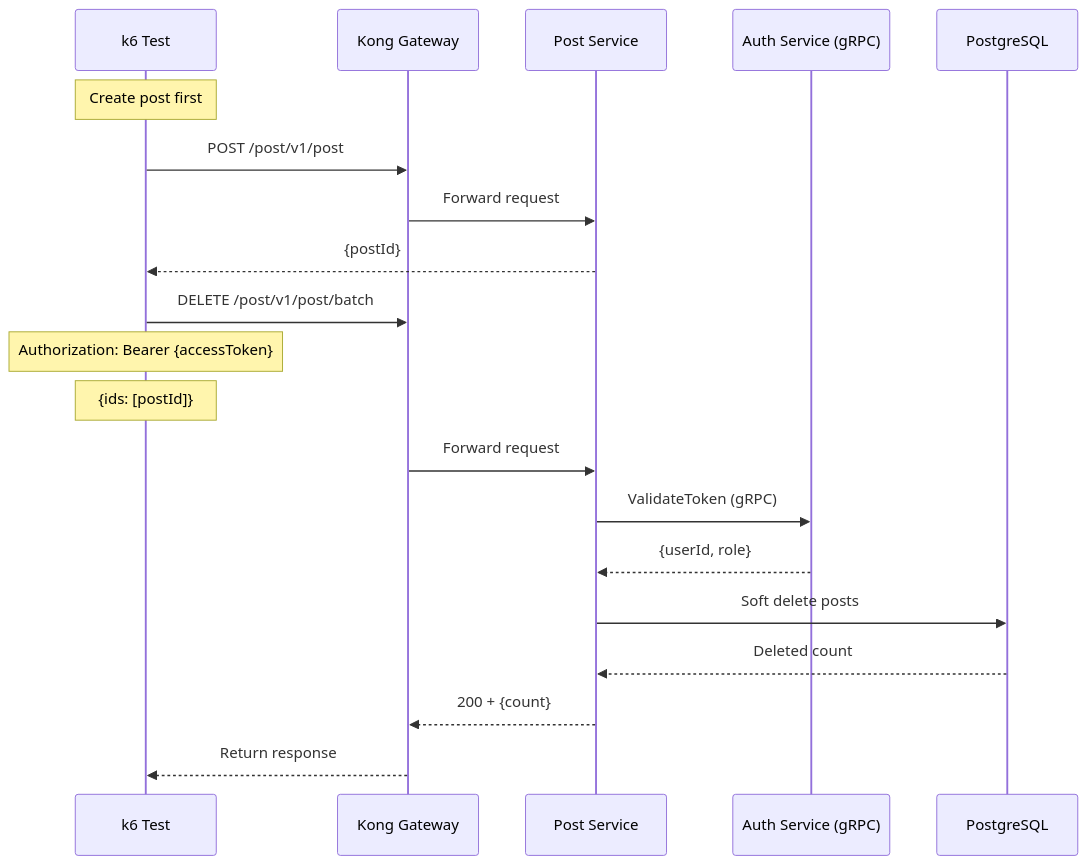
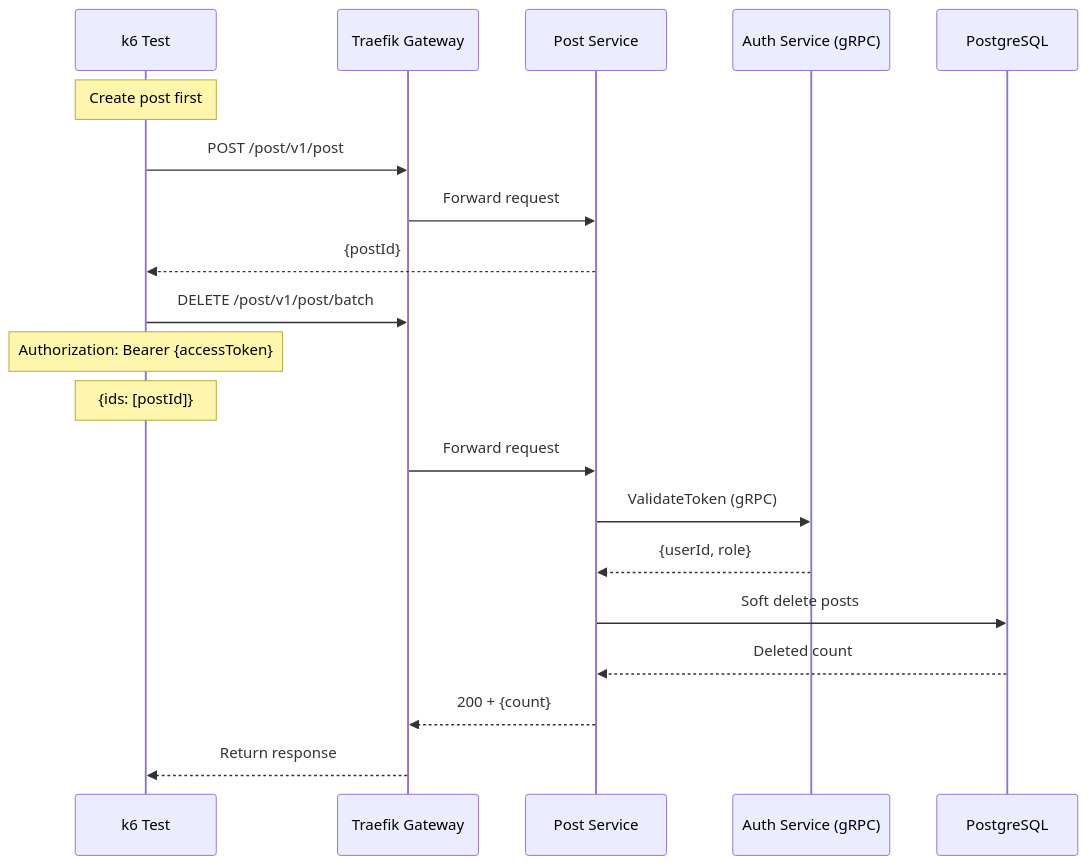
The diagram in k6-tests/src/services/post/test-delete.md (tinhthanh/nestjs-microservices), drawn with Mermaid before and after one commit. The commit also changed 47 other files, not shown here.

````diff
--- a/k6-tests/src/services/post/test-delete.md
+++ b/k6-tests/src/services/post/test-delete.md
@@ -5,24 +5,24 @@
 ```mermaid
 sequenceDiagram
     participant K6 as k6 Test
-    participant Kong as Kong Gateway
+    participant Traefik as Traefik Gateway
     participant Post as Post Service
     participant Auth as Auth Service (gRPC)
     participant DB as PostgreSQL
 
     Note over K6: Create post first
-    K6->>Kong: POST /post/v1/post
-    Kong->>Post: Forward request
+    K6->>Traefik: POST /post/v1/post
+    Traefik->>Post: Forward request
     Post-->>K6: {postId}
     
-    K6->>Kong: DELETE /post/v1/post/batch
+    K6->>Traefik: DELETE /post/v1/post/batch
     Note over K6: Authorization: Bearer {accessToken}
     Note over K6: {ids: [postId]}
-    Kong->>Post: Forward request
+    Traefik->>Post: Forward request
     Post->>Auth: ValidateToken (gRPC)
     Auth-->>Post: {userId, role}
     Post->>DB: Soft delete posts
     DB-->>Post: Deleted count
-    Post-->>Kong: 200 + {count}
-    Kong-->>K6: Return response
+    Post-->>Traefik: 200 + {count}
+    Traefik-->>K6: Return response
 ```
````
